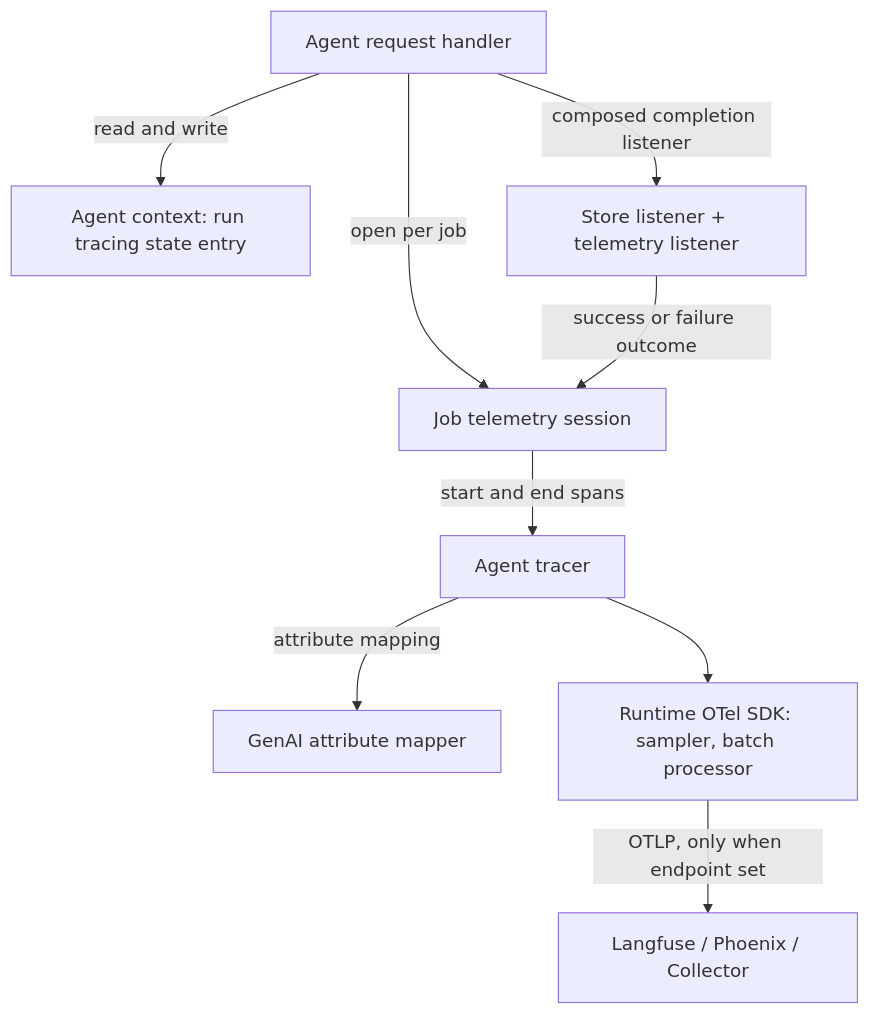
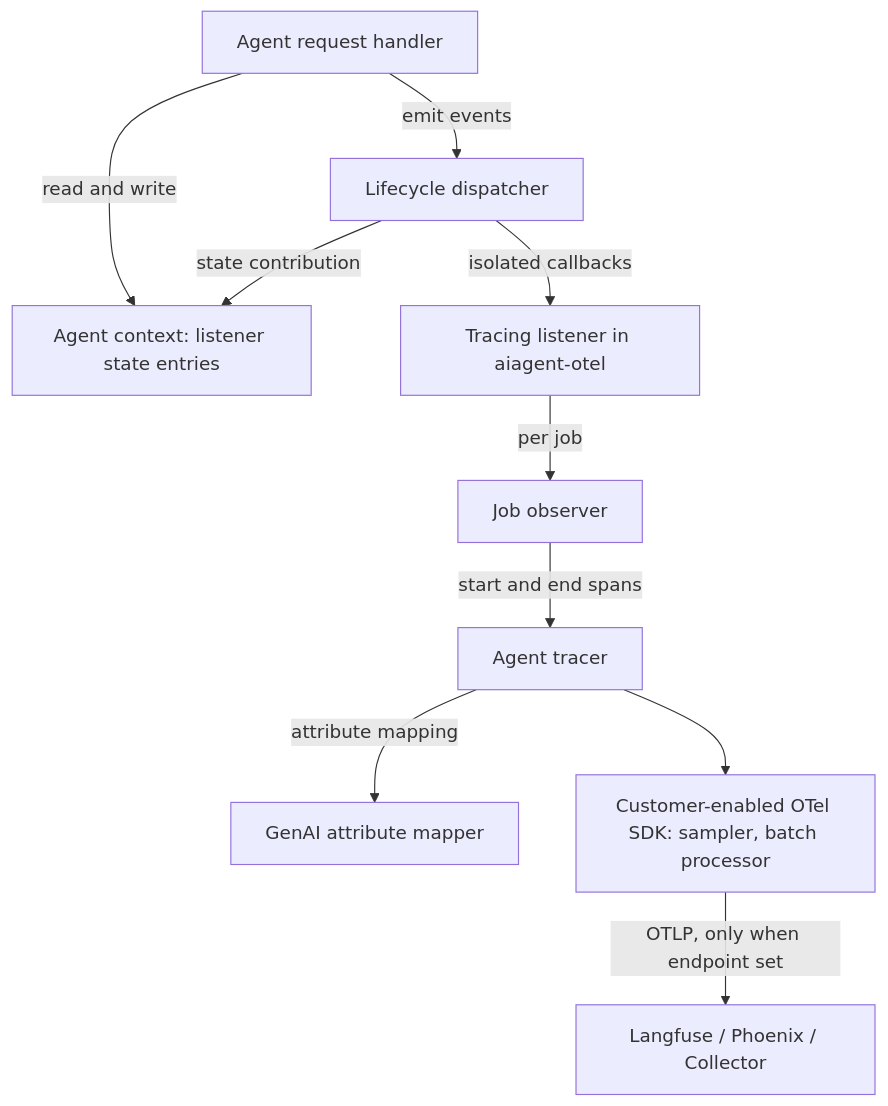
The second of 5 diagrams in docs/plans/2026-10-05-1445-feat-ai-agent-otel-genai-tracing-plan.md (camunda/connectors), drawn with Mermaid before and after one commit. The commit also changed other lines of this file, not shown here.

First line of the commit message:
docs(agentic-ai): deliver OTel tracing through an experimental agent lifecycle listener SPI

````diff
--- a/docs/plans/2026-10-05-1445-feat-ai-agent-otel-genai-tracing-plan.md
+++ b/docs/plans/2026-10-05-1445-feat-ai-agent-otel-genai-tracing-plan.md
@@ -325,11 +340,12 @@
 ```mermaid
 flowchart TB
-  H[Agent request handler] -->|open per job| TS[Job telemetry session]
-  H -->|read and write| AC[Agent context: run tracing state entry]
-  TS -->|start and end spans| TR[Agent tracer]
+  H[Agent request handler] -->|emit events| D[Lifecycle dispatcher]
+  H -->|read and write| AC[Agent context: listener state entries]
+  D -->|isolated callbacks| L[Tracing listener in aiagent-otel]
+  D -->|state contribution| AC
+  L -->|per job| O[Job observer]
+  O -->|start and end spans| TR[Agent tracer]
   TR -->|attribute mapping| GA[GenAI attribute mapper]
-  TR --> SDK[Runtime OTel SDK: sampler, batch processor]
+  TR --> SDK[Customer-enabled OTel SDK: sampler, batch processor]
   SDK -->|OTLP, only when endpoint set| BE[Langfuse / Phoenix / Collector]
-  H -->|composed completion listener| CL[Store listener + telemetry listener]
-  CL -->|success or failure outcome| TS
 ```
````
